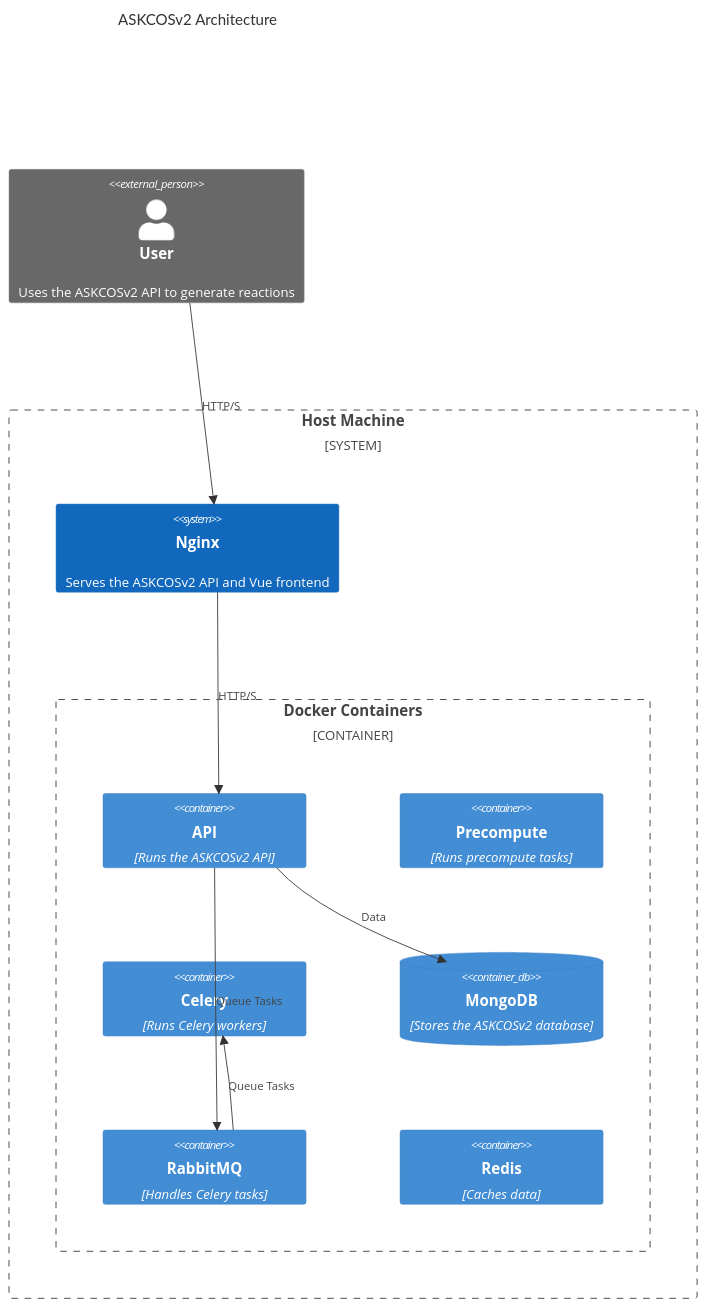
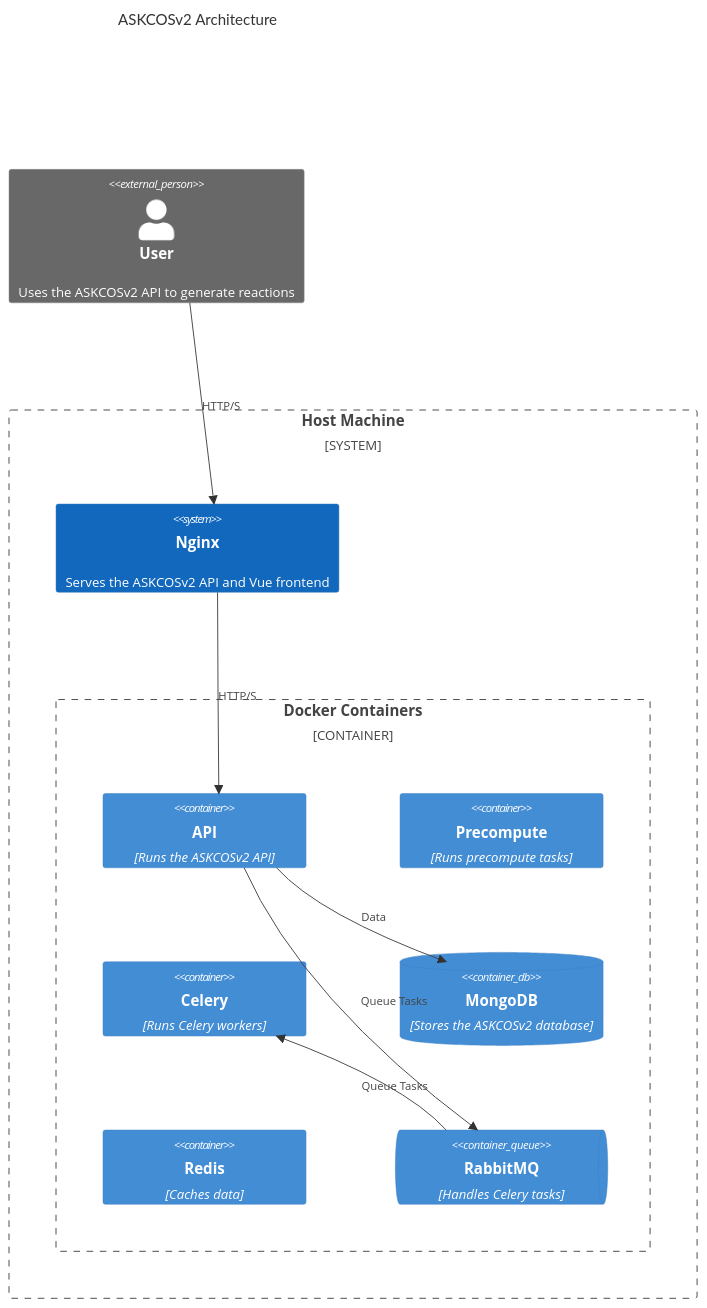
One commit to SethCurry/askcos2_core changed the diagram in docs/architecture.md. Above: the diagram before and after it, drawn with Mermaid.

Commit message:
Saving progress before moving to a new branch to fix other issues

````diff
--- a/docs/architecture.md
+++ b/docs/architecture.md
@@ -3,27 +3,27 @@
 ```mermaid
 C4Context
 
 title ASKCOSv2 Architecture
 
 Person_Ext(user, "User", "Uses the ASKCOSv2 API to generate reactions")
 
 System_Boundary(host, "Host Machine") {
     System(nginx, "Nginx", "Serves the ASKCOSv2 API and Vue frontend")
 
     Container_Boundary(docker, "Docker Containers") {
         Container(api, "API", "Runs the ASKCOSv2 API")
         Container(precompute, "Precompute", "Runs precompute tasks")
         Container(celery, "Celery", "Runs Celery workers")
         ContainerDb(mongo, "MongoDB", "Stores the ASKCOSv2 database")
-        Container(rabbitmq, "RabbitMQ", "Handles Celery tasks")
         Container(redis, "Redis", "Caches data")
+        ContainerQueue(rabbitmq, "RabbitMQ", "Handles Celery tasks")
     }
 }
 
 Rel_Down(user, nginx, "HTTP/S")
 Rel_Down(nginx, api, "HTTP/S")
 Rel_Up(rabbitmq, celery, "Queue Tasks")
 Rel_Down(api, mongo, "Data")
 Rel_Down(api, rabbitmq, "Queue Tasks")
 UpdateLayoutConfig($c4ShapeInRow="3", $c4BoundaryInRow="1")
 ```
````
